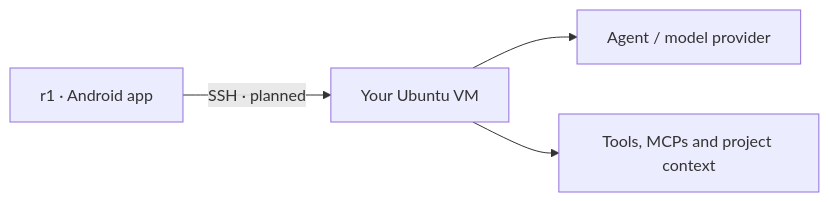
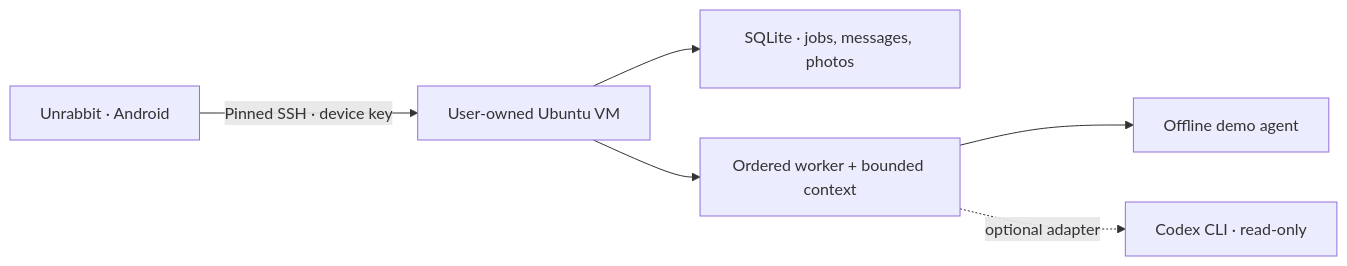
One commit to philkoerber/unrabbit changed the diagram in docs/ARCHITECTURE.md. Above: the diagram before and after it, drawn with Mermaid. The commit also changed other lines of this file and 69 other files, not shown here.

Commit message:
Add QR-only SSH pairing and a durable Ubuntu agent service

````diff
--- a/docs/ARCHITECTURE.md
+++ b/docs/ARCHITECTURE.md
@@ -5,6 +5,8 @@
 ```mermaid
 flowchart LR
-    R1["r1 · Android app"] -->|"SSH · planned"| VM["Your Ubuntu VM"]
-    VM --> Agent["Agent / model provider"]
-    VM --> Tools["Tools, MCPs and project context"]
+    App["Unrabbit · Android"] -->|"Pinned SSH · device key"| VM["User-owned Ubuntu VM"]
+    VM --> DB["SQLite · jobs, messages, photos"]
+    VM --> Worker["Ordered worker + bounded context"]
+    Worker --> Demo["Offline demo agent"]
+    Worker -. "optional adapter" .-> Codex["Codex CLI · read-only"]
 ```
````
